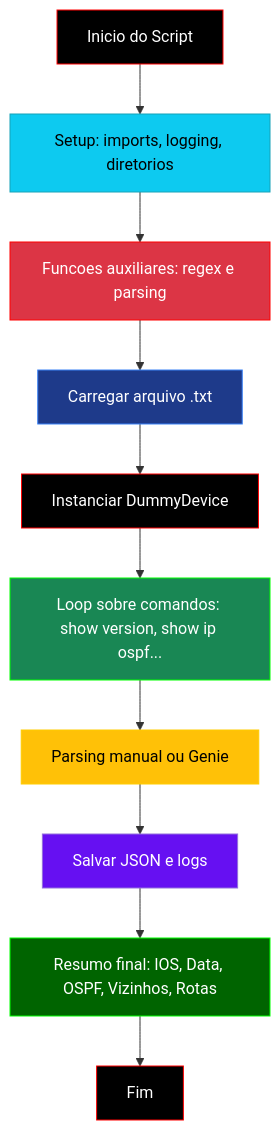
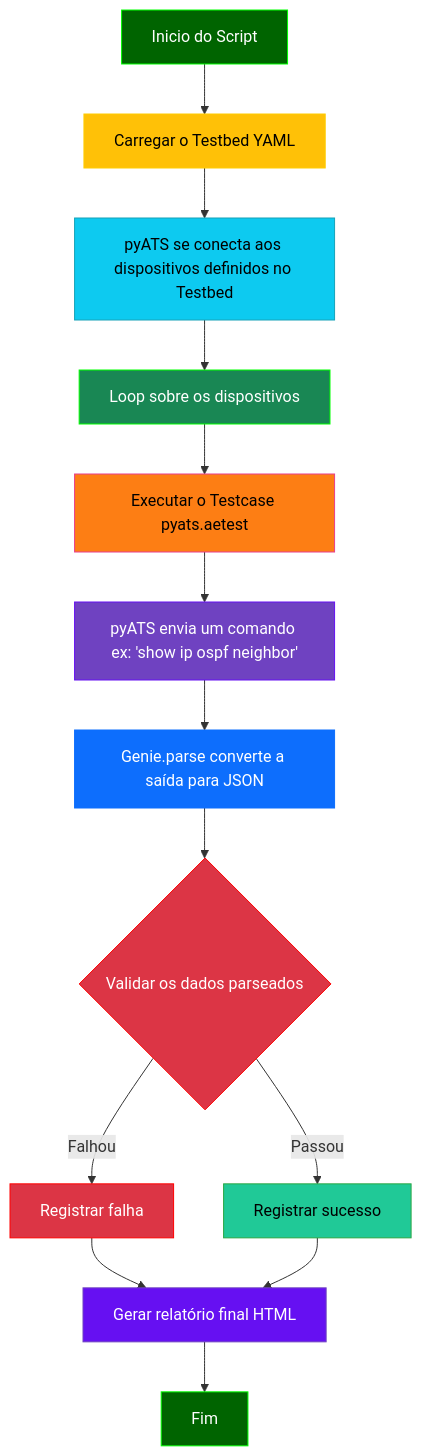
One commit to alcancil/Cisco changed the diagram in CCNP 350-401 ENCOR/06 - Automation/21- Python - 15 - Orquestração - pyATS/README.md. Above: the diagram before and after it, drawn with Mermaid. The commit also changed other lines of this file, not shown here.

Commit message:
Alterado o arquivo README.md

````diff
--- a/CCNP 350-401 ENCOR/06 - Automation/21- Python - 15 - Orquestração - pyATS/README.md
+++ b/CCNP 350-401 ENCOR/06 - Automation/21- Python - 15 - Orquestração - pyATS/README.md
@@ -729,23 +66,28 @@
 ```mermaid
 flowchart TD
-    A[Inicio do Script] --> B[Setup: imports, logging, diretorios]
-    B --> C[Funcoes auxiliares: regex e parsing]
-    C --> D[Carregar arquivo .txt]
-    D --> E[Instanciar DummyDevice]
-    E --> F[Loop sobre comandos: show version, show ip ospf...]
-    F --> G[Parsing manual ou Genie]
-    G --> H[Salvar JSON e logs]
-    H --> I[Resumo final: IOS, Data, OSPF, Vizinhos, Rotas]
-    I --> J[Fim]
- 
-style A fill:#000000,stroke:#ff0000,color:#ffffff
-style B fill:#0dcaf0,stroke:#17a2b8,color:#000000
-style C fill:#dc3545,stroke:#ff0000,color:#ffffff
-style D fill:#1e3a8a,stroke:#3b82f6,color:#ffffff
-style E fill:#000000,stroke:#ff0000,color:#ffffff
-style F fill:#198754,stroke:#00ff00,color:#ffffff
-style G fill:#ffc107,stroke:#ffcc00,color:#000000
-style H fill:#6610f2,stroke:#9370DB,color:#ffffff
-style I fill:#006400,stroke:#00ff00,color:#ffffff
-style J fill:#000000,stroke:#ff0000,color:#ffffff
+    A[Inicio do Script] --> B[Carregar o Testbed YAML]
+    B --> C[pyATS se conecta aos dispositivos definidos no Testbed]
+    C --> D[Loop sobre os dispositivos]
+    D --> E[Executar o Testcase pyats.aetest]
+    E --> F[pyATS envia um comando ex: 'show ip ospf neighbor']
+    F --> G[Genie.parse converte a saída para JSON]
+    G --> H{Validar os dados parseados}
+    H -- Passou --> I[Registrar sucesso]
+    H -- Falhou --> J[Registrar falha]
+    J --> K[Gerar relatório final HTML]
+    I --> K
+    K --> L[Fim]
+
+style A fill:#006400,stroke:#00ff00,color:#ffffff
+style B fill:#ffc107,stroke:#ffcc00,color:#000000
+style C fill:#0dcaf0,stroke:#17a2b8,color:#000000
+style D fill:#198754,stroke:#00ff00,color:#ffffff
+style E fill:#fd7e14,stroke:#e83e8c,color:#000000
+style F fill:#6f42c1,stroke:#6610f2,color:#ffffff
+style G fill:#0d6efd,stroke:#0d6efd,color:#ffffff
+style H fill:#dc3545,stroke:#ff0000,color:#ffffff
+style I fill:#20c997,stroke:#28a745,color:#000000
+style J fill:#dc3545,stroke:#ff0000,color:#ffffff
+style K fill:#6610f2,stroke:#6f42c1,color:#ffffff
+style L fill:#006400,stroke:#00ff00,color:#ffffff
 ```
````
